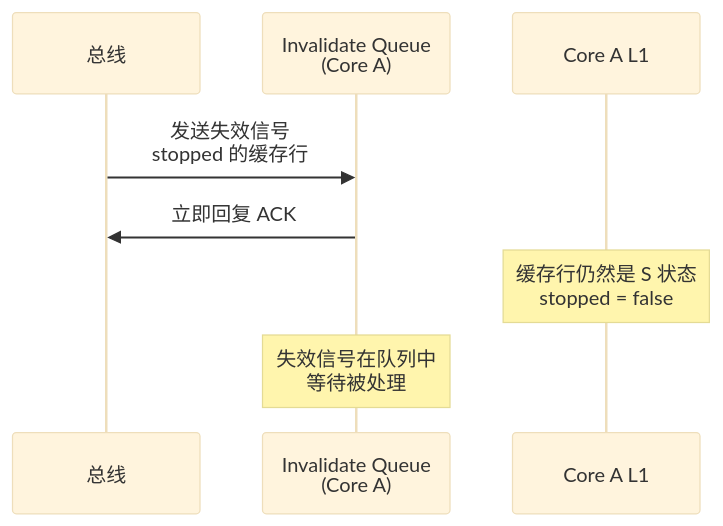
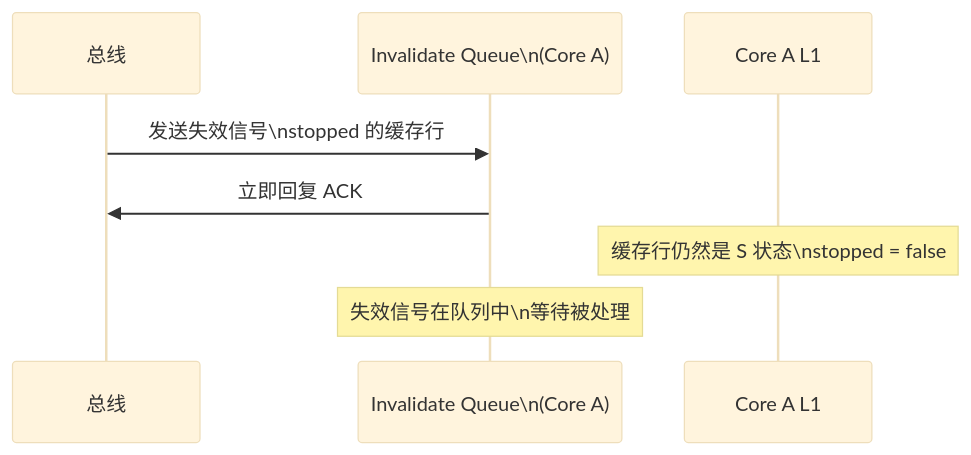
The third of 7 diagrams in content/posts/concurrency/Volatile.md (yaocat55/yaocat55.github.io), drawn with Mermaid (base theme) before and after one commit. The commit also changed other lines of this file and 155 other files, not shown here.

````diff
--- a/content/posts/concurrency/Volatile.md
+++ b/content/posts/concurrency/Volatile.md
@@ -138,11 +148,11 @@
 ```mermaid
 sequenceDiagram
     participant Bus as 总线
-    participant IQ as Invalidate Queue<br/>(Core A)
+    participant IQ as Invalidate Queue\n(Core A)
     participant L1A as Core A L1
 
-    Bus->>IQ: 发送失效信号<br/>stopped 的缓存行
+    Bus->>IQ: 发送失效信号\nstopped 的缓存行
     IQ->>Bus: 立即回复 ACK
-    Note over L1A: 缓存行仍然是 S 状态<br/>stopped = false
-    Note over IQ: 失效信号在队列中<br/>等待被处理
+    Note over L1A: 缓存行仍然是 S 状态\nstopped = false
+    Note over IQ: 失效信号在队列中\n等待被处理
 ```
````
